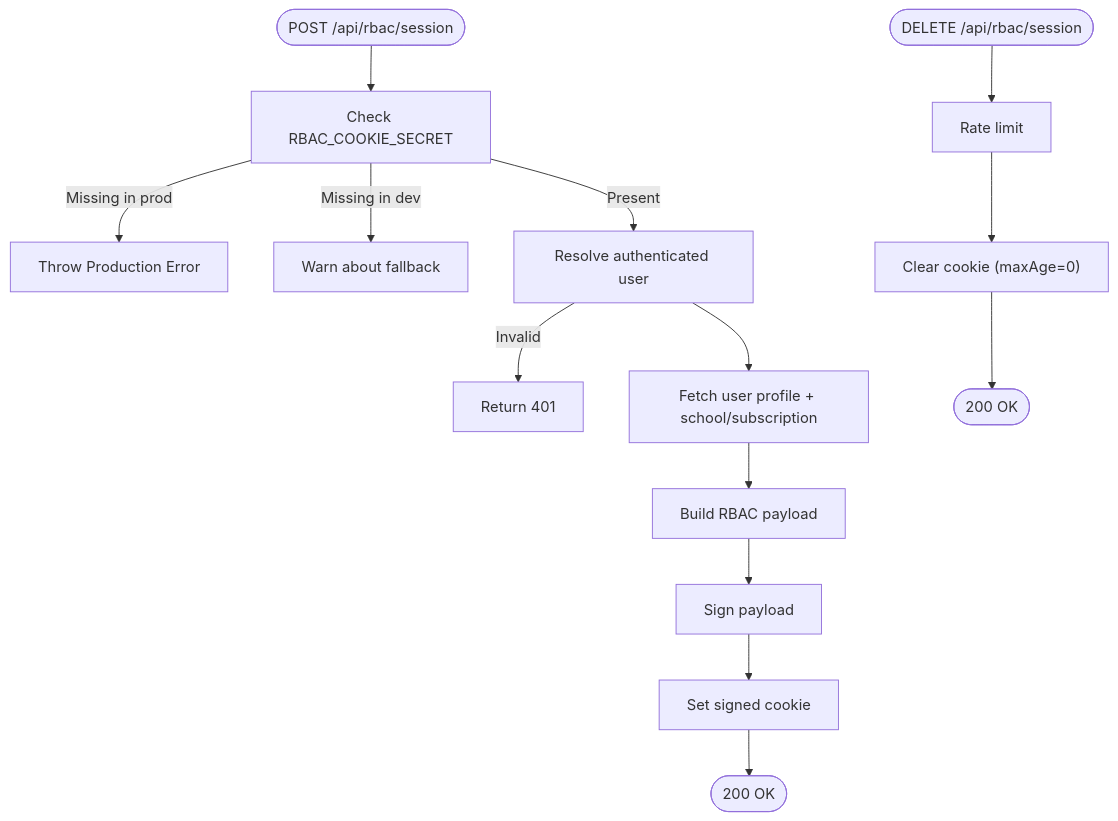
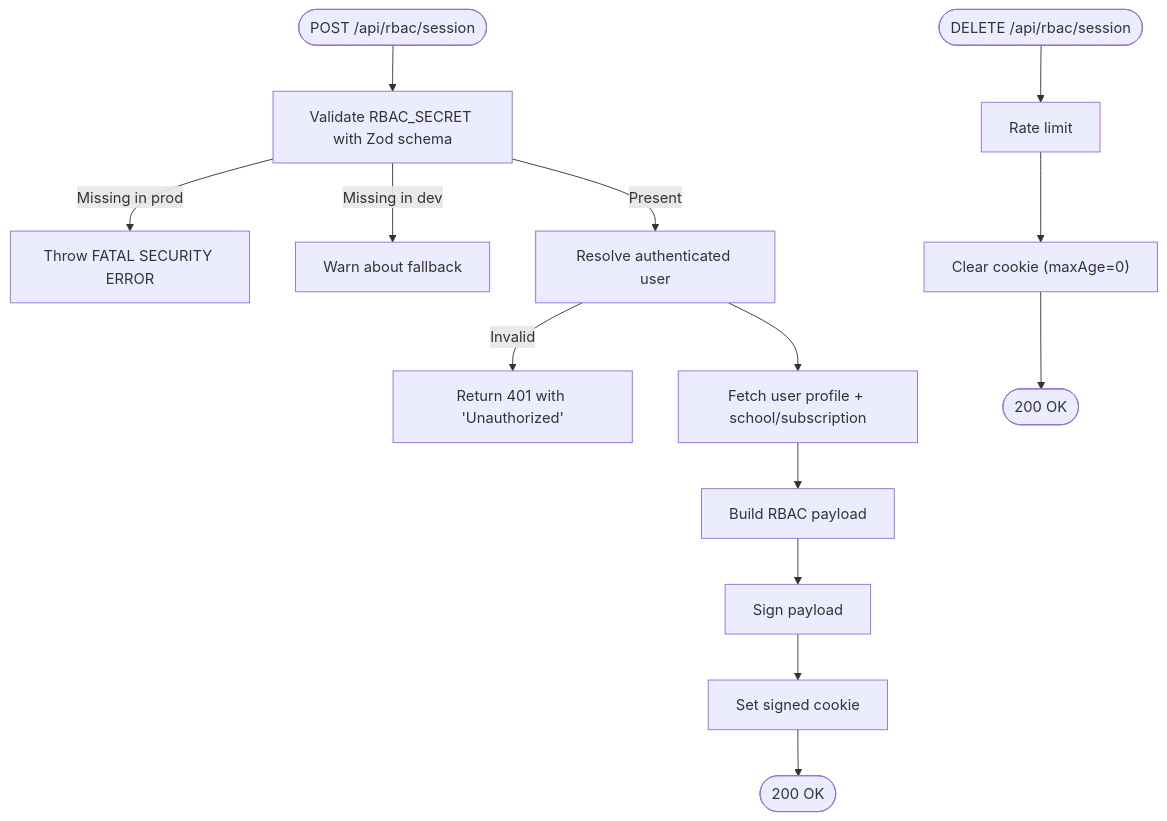
Before and after one commit to mustafaalkusaj/appschoolmustafa2002: the third of 12 diagrams in .qoder/repowiki/en/content/Security Implementation/Security Implementation.md, drawn with Mermaid. The commit also changed other lines of this file and 277 other files, not shown here.

````diff
--- a/.qoder/repowiki/en/content/Security Implementation/Security Implementation.md
+++ b/.qoder/repowiki/en/content/Security Implementation/Security Implementation.md
@@ -267,16 +252,16 @@
 ```mermaid
 flowchart TD
-Start(["POST /api/rbac/session"]) --> CheckSecret["Check RBAC_COOKIE_SECRET"]
-CheckSecret --> |Missing in prod| ThrowError["Throw Production Error"]
+Start(["POST /api/rbac/session"]) --> CheckSecret["Validate RBAC_SECRET with Zod schema"]
+CheckSecret --> |Missing in prod| ThrowError["Throw FATAL SECURITY ERROR"]
 CheckSecret --> |Missing in dev| WarnFallback["Warn about fallback"]
 CheckSecret --> |Present| GetUser["Resolve authenticated user"]
-GetUser --> |Invalid| Return401["Return 401"]
+GetUser --> |Invalid| Return401["Return 401 with 'Unauthorized'"]
 GetUser --> FetchProfile["Fetch user profile + school/subscription"]
 FetchProfile --> BuildPayload["Build RBAC payload"]
 BuildPayload --> Sign["Sign payload"]
 Sign --> SetCookie["Set signed cookie"]
 SetCookie --> Done(["200 OK"])
 DeleteStart(["DELETE /api/rbac/session"]) --> RL["Rate limit"]
 RL --> ClearCookie["Clear cookie (maxAge=0)"]
 ClearCookie --> DoneDel(["200 OK"])
 ```
````
